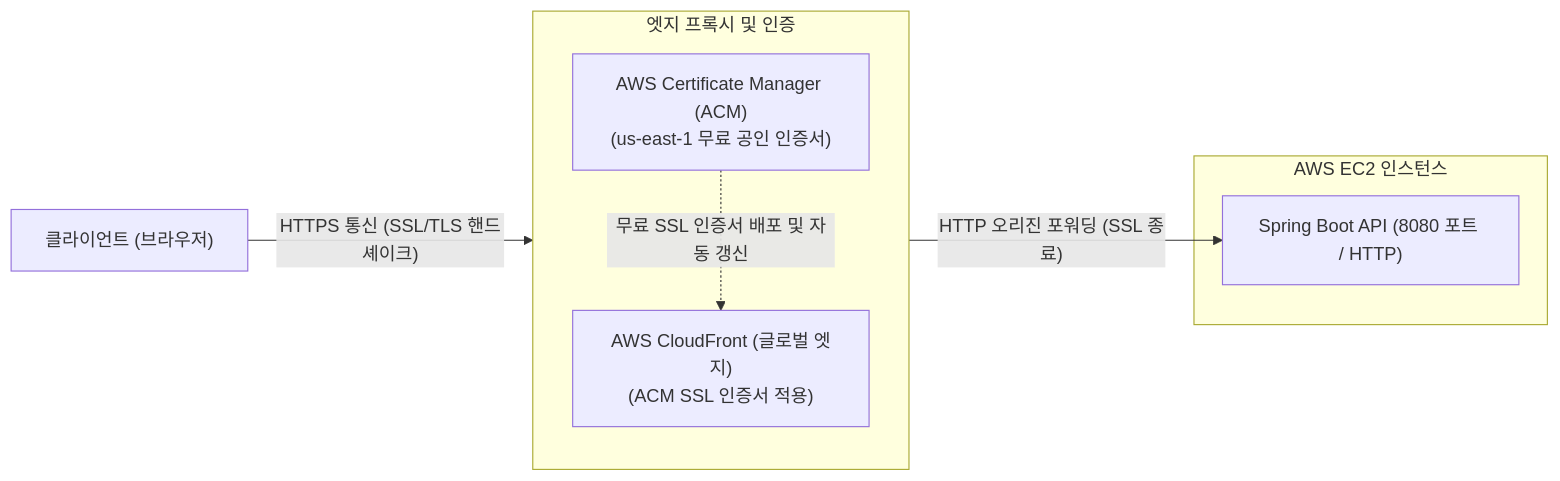
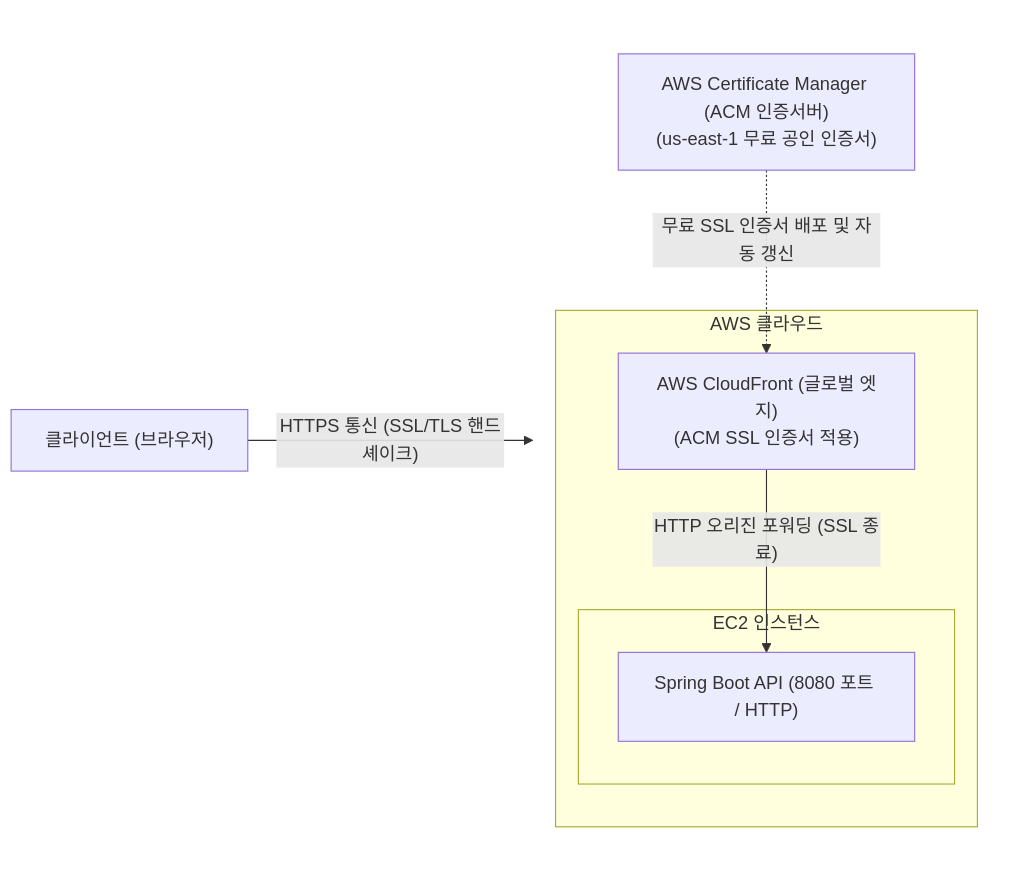
Before and after one commit to likelion-backend-25th/22-project-sns: the third of 4 diagrams in guide/04.challenge.md, drawn with Mermaid. The commit also changed other lines of this file, not shown here.

````diff
--- a/guide/04.challenge.md
+++ b/guide/04.challenge.md
@@ -294,18 +301,22 @@
 ```mermaid
 flowchart LR
     Client["클라이언트 (브라우저)"]
 
-    subgraph CloudFront_Zone["엣지 프록시 및 인증"]
+    subgraph ServerSide[" "]
         direction TB
-        ACM["AWS Certificate Manager (ACM)<br/>(us-east-1 무료 공인 인증서)"]
-        CloudFront["AWS CloudFront (글로벌 엣지)<br/>(ACM SSL 인증서 적용)"]
-    end
+        ACM["AWS Certificate Manager (ACM 인증서버)<br/>(us-east-1 무료 공인 인증서)"]
 
-    subgraph EC2["AWS EC2 인스턴스"]
-        SpringBoot["Spring Boot API (8080 포트 / HTTP)"]
+        subgraph AWS["AWS 클라우드"]
+            CloudFront["AWS CloudFront (글로벌 엣지)<br/>(ACM SSL 인증서 적용)"]
+            subgraph EC2["EC2 인스턴스"]
+                SpringBoot["Spring Boot API (8080 포트 / HTTP)"]
+            end
+        end
     end
 
     Client -->|"HTTPS 통신 (SSL/TLS 핸드셰이크)"| CloudFront
     ACM -.->|"무료 SSL 인증서 배포 및 자동 갱신"| CloudFront
     CloudFront -->|"HTTP 오리진 포워딩 (SSL 종료)"| SpringBoot
+
+    style ServerSide fill:none,stroke:none
 ```
````
